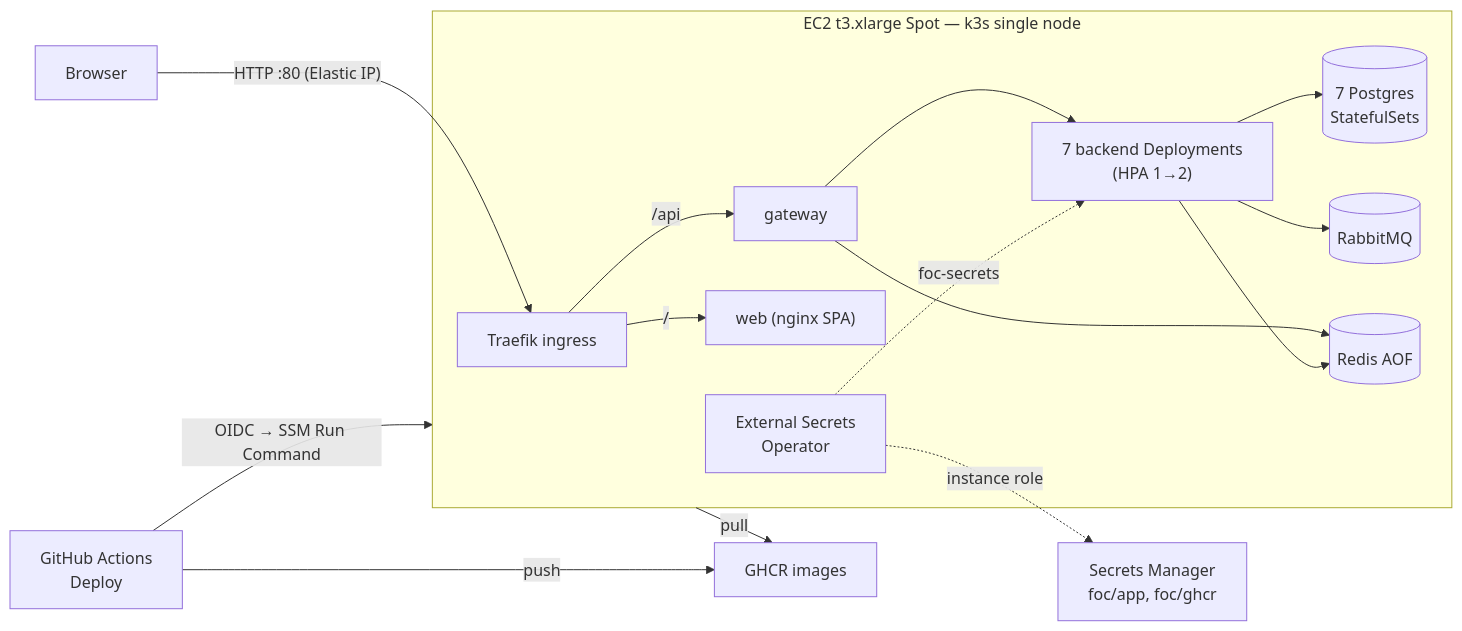
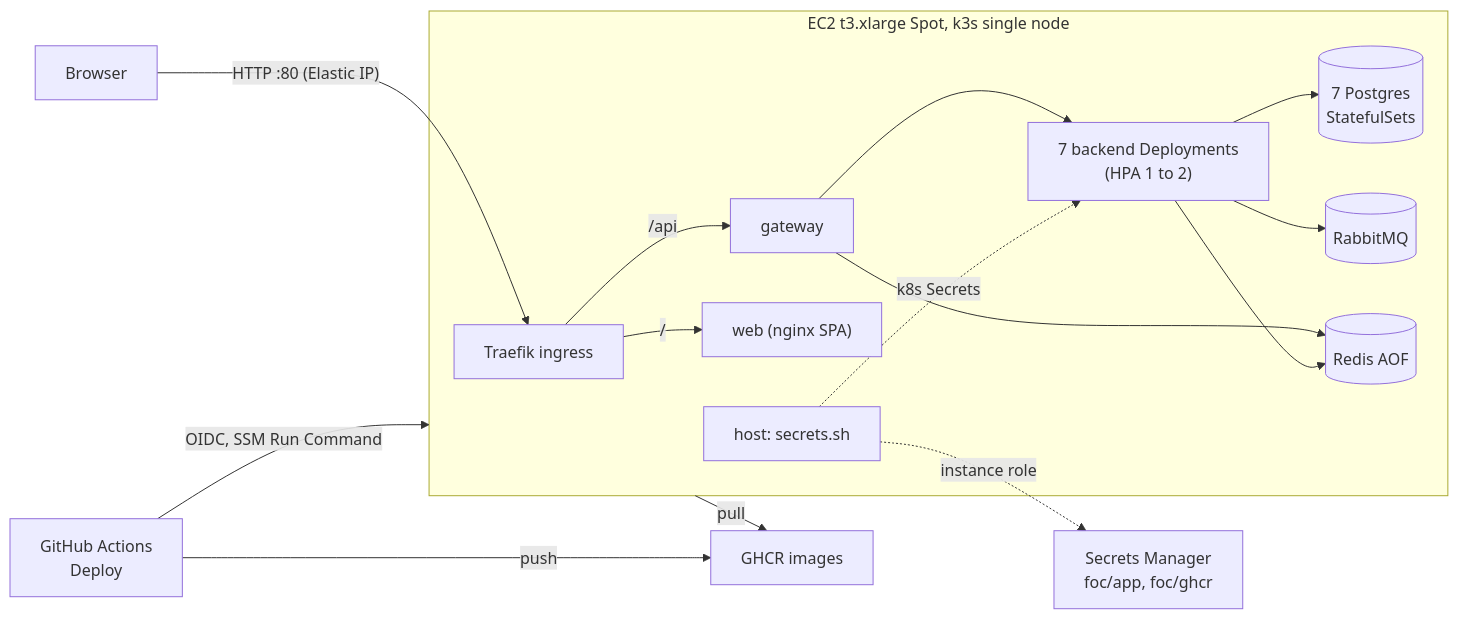
Before and after one commit to AY2627S1-CS3219-P23/foc: the diagram in docs/deployment.md, drawn with Mermaid. The commit also changed other lines of this file and 30 other files, not shown here.

First line of the commit message:
feat: cloud deployment without External Secrets Operator; decision page + short runbook (#48)

````diff
--- a/docs/deployment.md
+++ b/docs/deployment.md
@@ -17,18 +27,18 @@
 ```mermaid
 flowchart LR
   browser["Browser"] -->|"HTTP :80 (Elastic IP)"| traefik
-  subgraph ec2["EC2 t3.xlarge Spot — k3s single node"]
+  subgraph ec2["EC2 t3.xlarge Spot, k3s single node"]
     traefik["Traefik ingress"] -->|"/api"| gateway
     traefik -->|"/"| web["web (nginx SPA)"]
-    gateway --> svc["7 backend Deployments<br/>(HPA 1→2)"]
+    gateway --> svc["7 backend Deployments<br/>(HPA 1 to 2)"]
     svc --> pg[("7 Postgres<br/>StatefulSets")]
     svc --> mq[("RabbitMQ")]
     gateway --> redis[("Redis AOF")]
     svc --> redis
-    eso["External Secrets<br/>Operator"] -.->|"foc-secrets"| svc
+    host["host: secrets.sh"] -.->|"k8s Secrets"| svc
   end
-  eso -.->|"instance role"| sm["Secrets Manager<br/>foc/app, foc/ghcr"]
+  host -.->|"instance role"| sm["Secrets Manager<br/>foc/app, foc/ghcr"]
   gha["GitHub Actions<br/>Deploy"] -->|"push"| ghcr["GHCR images"]
-  gha -->|"OIDC → SSM Run Command"| ec2
+  gha -->|"OIDC, SSM Run Command"| ec2
   ec2 -->|"pull"| ghcr
 ```
````
